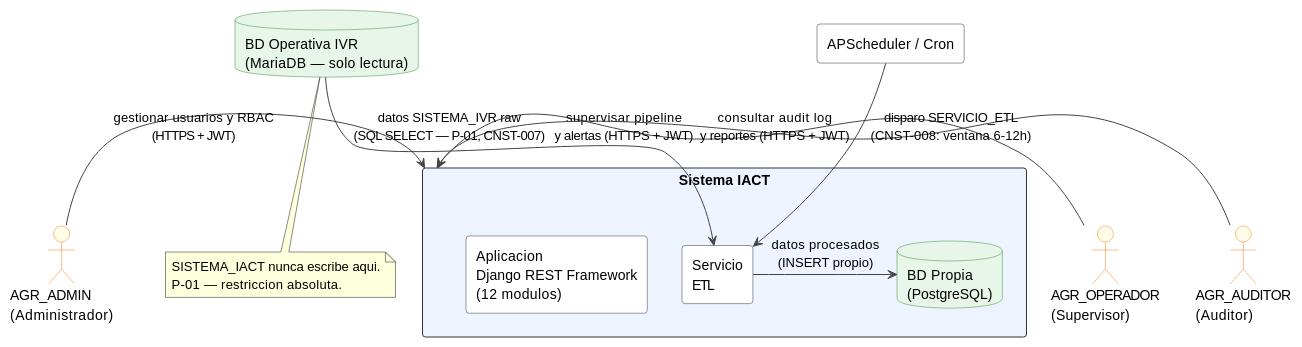
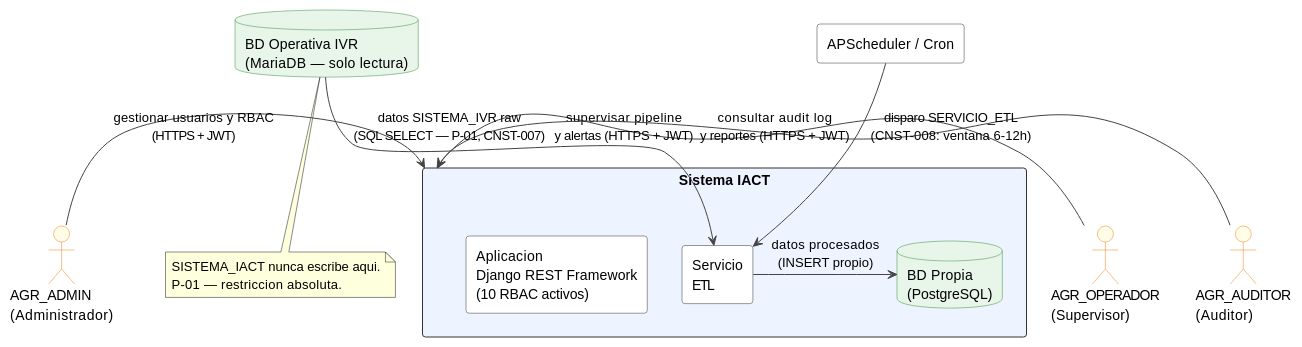
The diagram in source/arquitectura-tecnica/context-view/context-diagram.rst (jcg-admin/IACT-docs), drawn with PlantUML before and after one commit. The commit also changed other lines of this file and 11 other files, not shown here.

```diff
--- a/source/arquitectura-tecnica/context-view/context-diagram.rst
+++ b/source/arquitectura-tecnica/context-view/context-diagram.rst
@@ -43,48 +43,48 @@
 .. uml::
  :caption: Figura — Context View: frontera del sistema IACT
 
  @startuml
 
  skinparam rectangle {
    BackgroundColor White
    BorderColor #333333
    RoundCorner 6
  }
  skinparam actor {
    BackgroundColor #FFFDE7
    BorderColor #F57F17
  }
  skinparam database {
    BackgroundColor #E8F5E9
    BorderColor #388E3C
  }
  skinparam shadowing false
  skinparam ArrowColor #444444
 
  actor "AGR_ADMIN\n(Administrador)" as Admin
  actor "AGR_OPERADOR\n(Supervisor)" as Operador
  actor "AGR_AUDITOR\n(Auditor)" as Auditor
 
  database "BD Operativa IVR\n(MariaDB — solo lectura)" as SISTEMA_IVR
  rectangle "APScheduler / Cron" as Scheduler
 
  rectangle "  Sistema IACT  " as SISTEMA_IACT #EEF4FF {
-   rectangle "Aplicacion\nDjango REST Framework\n(12 modulos)" as App
+   rectangle "Aplicacion\nDjango REST Framework\n(10 RBAC activos)" as App
    rectangle "Servicio\nETL" as SERVICIO_ETL
    database "BD Propia\n(PostgreSQL)" as BDPropia
  }
 
  Admin -right-> SISTEMA_IACT    : gestionar usuarios y RBAC\n(HTTPS + JWT)
  Operador -right-> SISTEMA_IACT : supervisar pipeline\ny alertas (HTTPS + JWT)
  Auditor -right-> SISTEMA_IACT  : consultar audit log\ny reportes (HTTPS + JWT)
 
  SISTEMA_IVR -down-> SERVICIO_ETL        : datos SISTEMA_IVR raw\n(SQL SELECT — P-01, CNST-007)
  Scheduler -down-> SERVICIO_ETL  : disparo SERVICIO_ETL\n(CNST-008: ventana 6-12h)
  SERVICIO_ETL -right-> BDPropia  : datos procesados\n(INSERT propio)
 
  note bottom of SISTEMA_IVR
    SISTEMA_IACT nunca escribe aqui.
    P-01 — restriccion absoluta.
  end note
 
  @enduml
```
